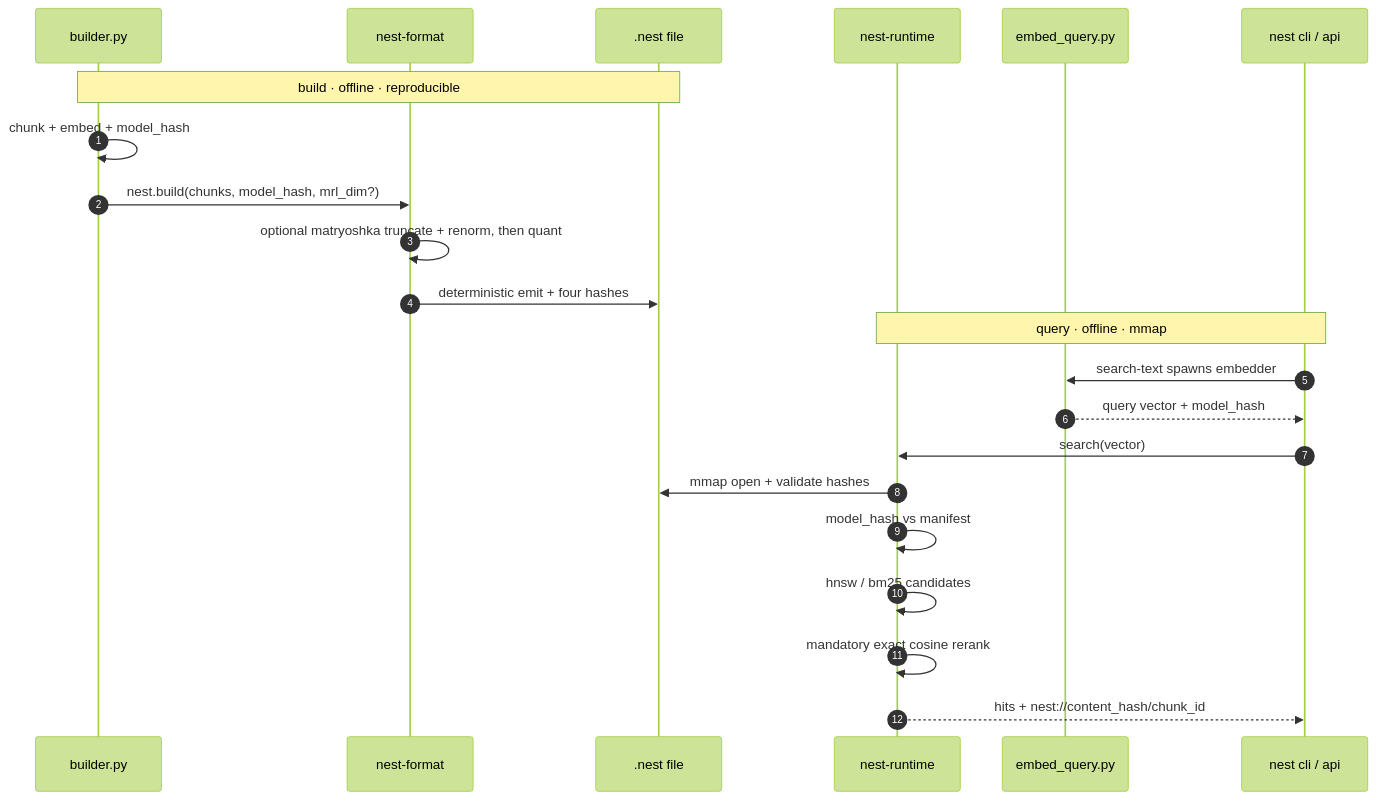
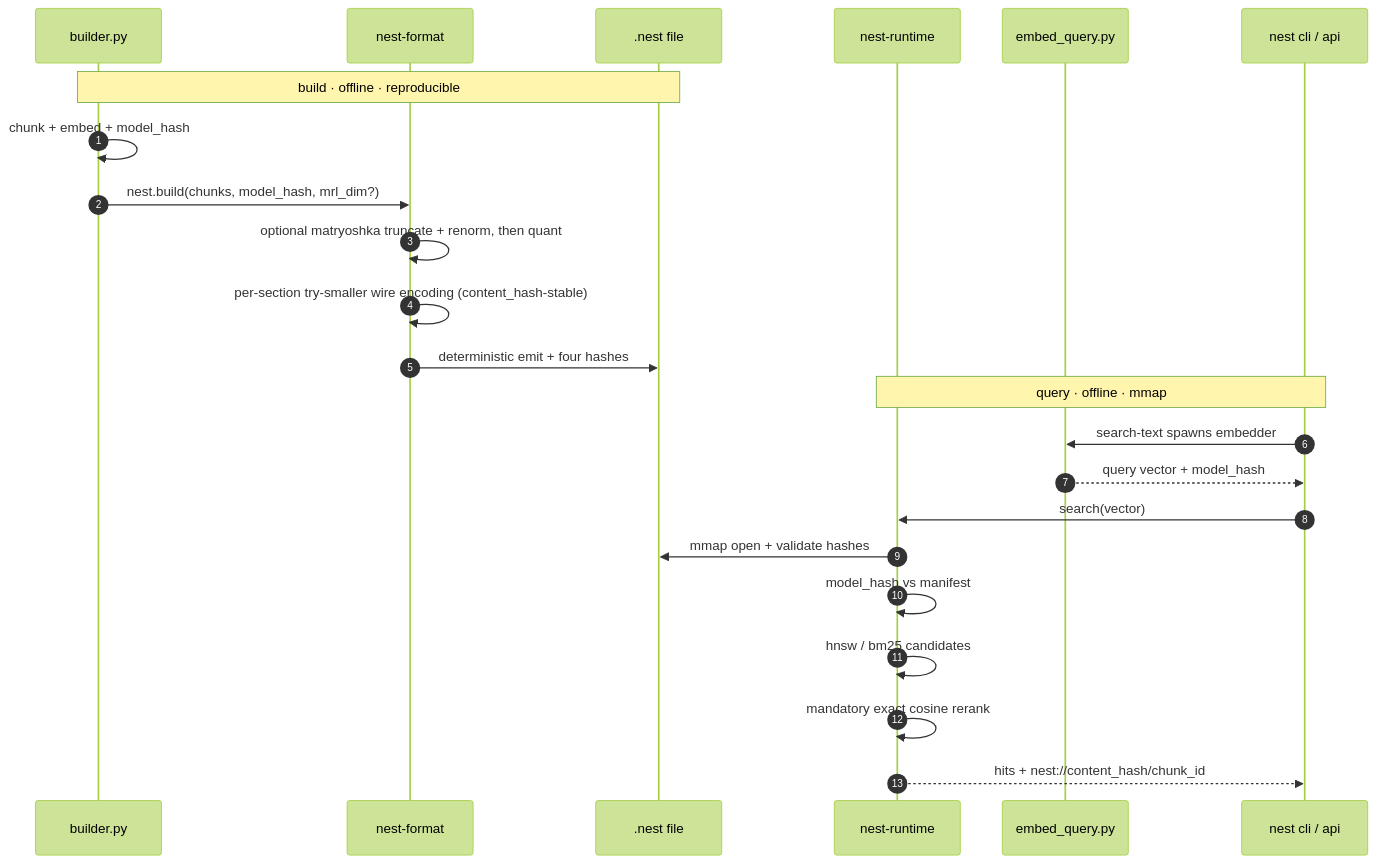
Before and after one commit to hoffresearch/nest: the diagram in doc/arc/arc.mmd, drawn with Mermaid (forest theme). The commit also changed 15 other files, not shown here.

```diff
--- a/doc/arc/arc.mmd
+++ b/doc/arc/arc.mmd
@@ -1,37 +1,38 @@
 %% nest visual architecture reference
 %% companion to doc/arc/arc.md (human) and doc/arc/arc.yaml (machine).
 %%
 %% design note:
 %%   this is a sequenceDiagram, not a flowchart with subgraphs. structured
 %%   diagram types lay out deterministically and render cleanly on github;
 %%   subgraph flowcharts with cross-cluster edges do not. the file inventory
 %%   in arc.md and arc.yaml is the authoritative module breakdown.
 %%
 %%   it traces the two flows that define nest: build (python writes the file)
 %%   and query (rust serves from the file). the .nest file is the only
 %%   artifact that crosses the language boundary.
 
 sequenceDiagram
     autonumber
     participant B as builder.py
     participant F as nest-format
     participant N as .nest file
     participant R as nest-runtime
     participant E as embed_query.py
     participant Q as nest cli / api
 
     note over B,N: build · offline · reproducible
     B->>B: chunk + embed + model_hash
     B->>F: nest.build(chunks, model_hash, mrl_dim?)
     F->>F: optional matryoshka truncate + renorm, then quant
+    F->>F: per-section try-smaller wire encoding (content_hash-stable)
     F->>N: deterministic emit + four hashes
 
     note over R,Q: query · offline · mmap
     Q->>E: search-text spawns embedder
     E-->>Q: query vector + model_hash
     Q->>R: search(vector)
     R->>N: mmap open + validate hashes
     R->>R: model_hash vs manifest
     R->>R: hnsw / bm25 candidates
     R->>R: mandatory exact cosine rerank
     R-->>Q: hits + nest://content_hash/chunk_id
```
